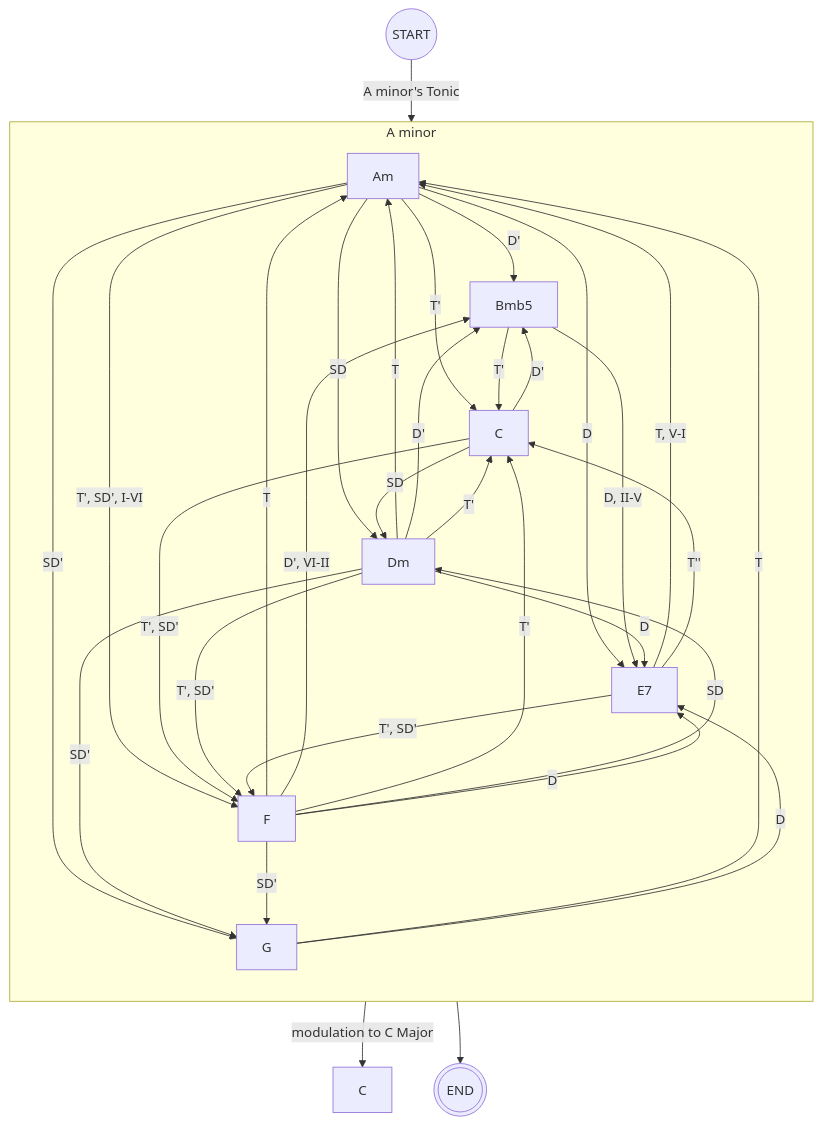
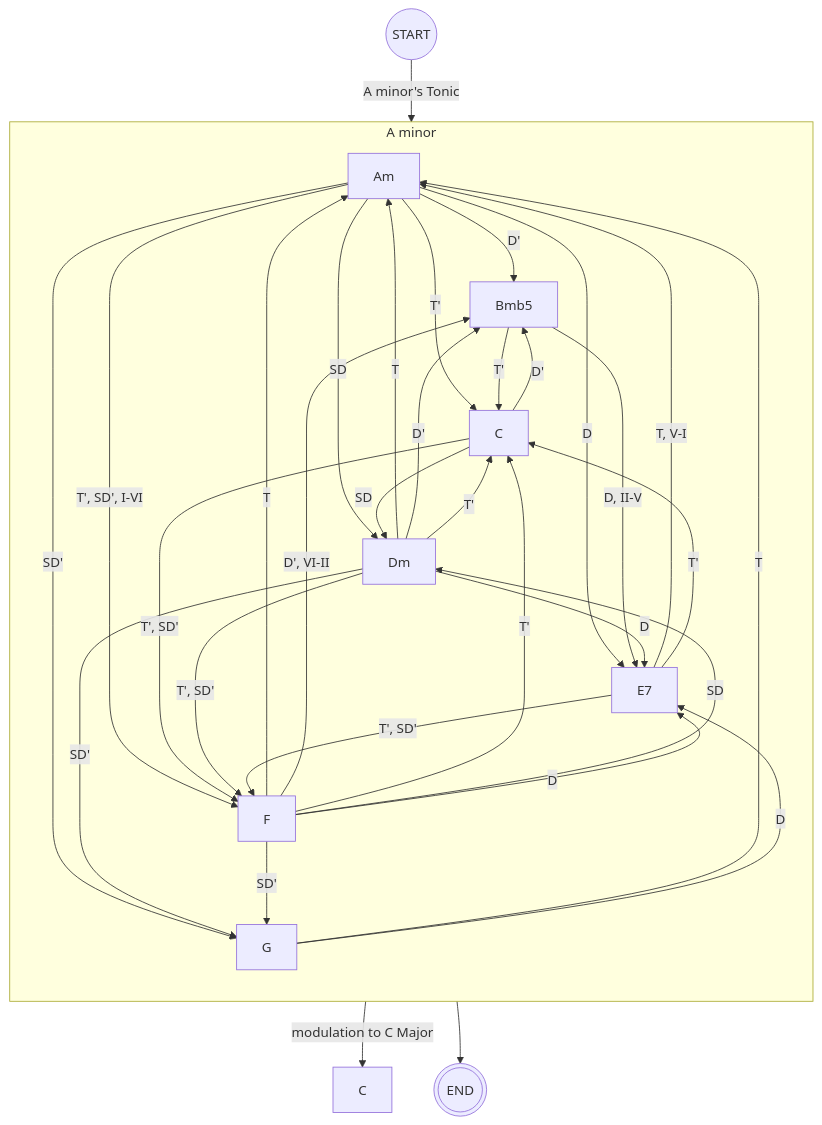
Before and after one commit to Cartman0/chord: the diagram in AminorSTD.md, drawn with Mermaid.

````diff
--- a/AminorSTD.md
+++ b/AminorSTD.md
@@ -1,58 +1,58 @@
 ```mermaid
 flowchart TB
   %% COMMON
   S((START));
   Q(((END)));
 
   S --"A minor's Tonic" --> Am;
   subgraph "A minor"
     direction TB;
 
     E7_Am[E7];
 
     %%  Am
     Am --"D'"--> Bmb5;
     Am --"T'"--> C;
     Am -- "SD" --> Dm;
     Am -- "D" --> E7_Am;
     Am -- "T', SD', I-VI" --> F;
     Am -- "SD'" --> G;
 
     %% Bmb5
     Bmb5 -- T' --> C;
     Bmb5 -- "D, II-V" --> E7_Am;
 
     %% C トニック代理
     C-- "D'" -->Bmb5;
     C-- "SD" -->Dm;
     C-- "T', SD'" -->F;
 
     %% Dm
     Dm -- "T" --> Am;
     Dm -- "D'" --> Bmb5;
     Dm -- "T'" --> C;
     Dm -- "D" --> E7_Am;
     Dm -- "T', SD'" --> F;
     Dm -- "SD'" --> G;
 
     %% E7
     E7_Am -- "T, V-I" --> Am;
-    E7_Am -- "T''" --> C;
+    E7_Am -- "T'" --> C;
     E7_Am -- "T', SD' " --> F;
 
     %% F　トニック代理、サブドミナント代理
     F -- "T" --> Am;
     F-- "D', VI-II" -->Bmb5;
     F -- "T'" --> C;
     F --"SD"--> Dm;
     F -- "D" --> E7_Am;
     F -- "SD'" -->G;
 
     %% G　サブドミナント代理
     G -- "T" --> Am;
     G -- "D" --> E7_Am;
   end
   
   G -- "modulation to C Major" --> C_CM[C];
   Am --> Q;
 ```
````
